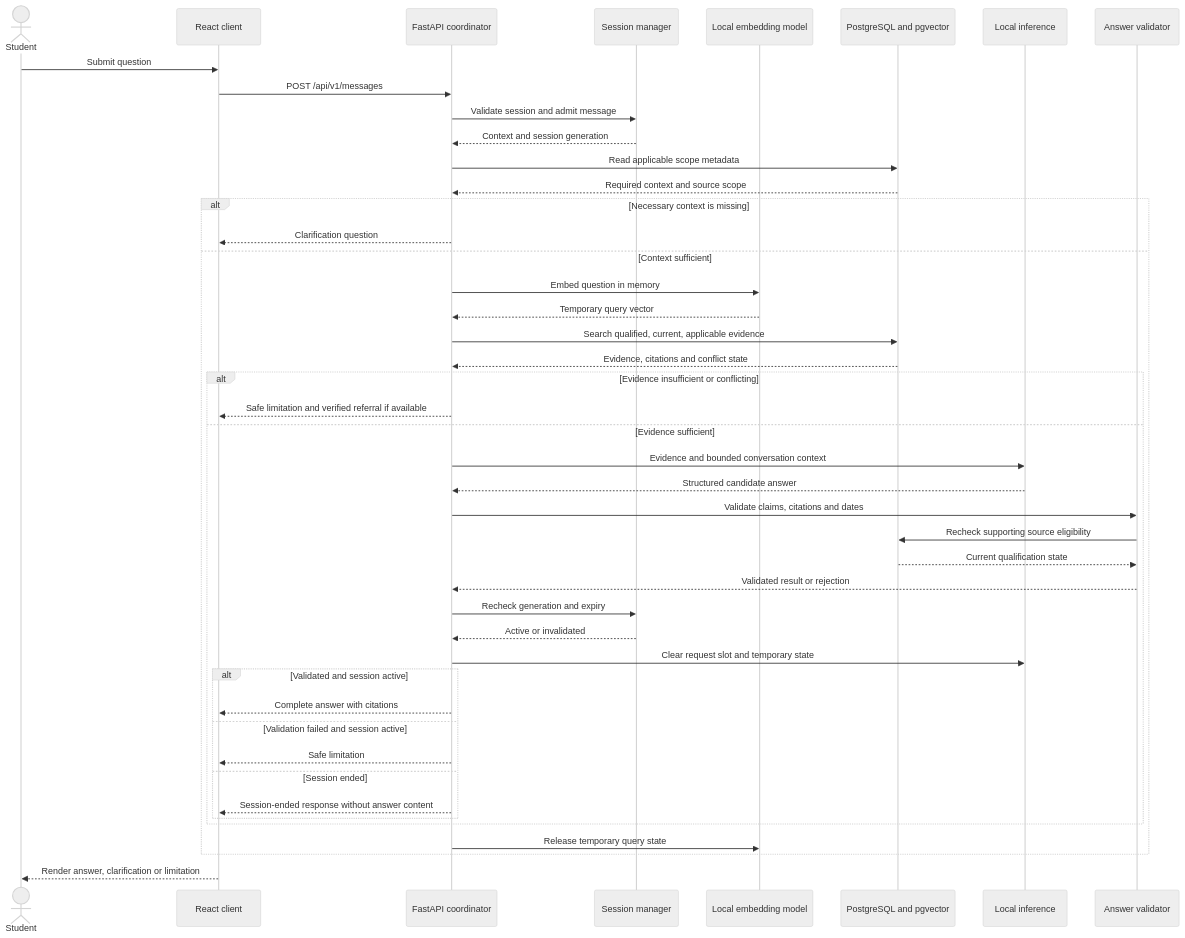
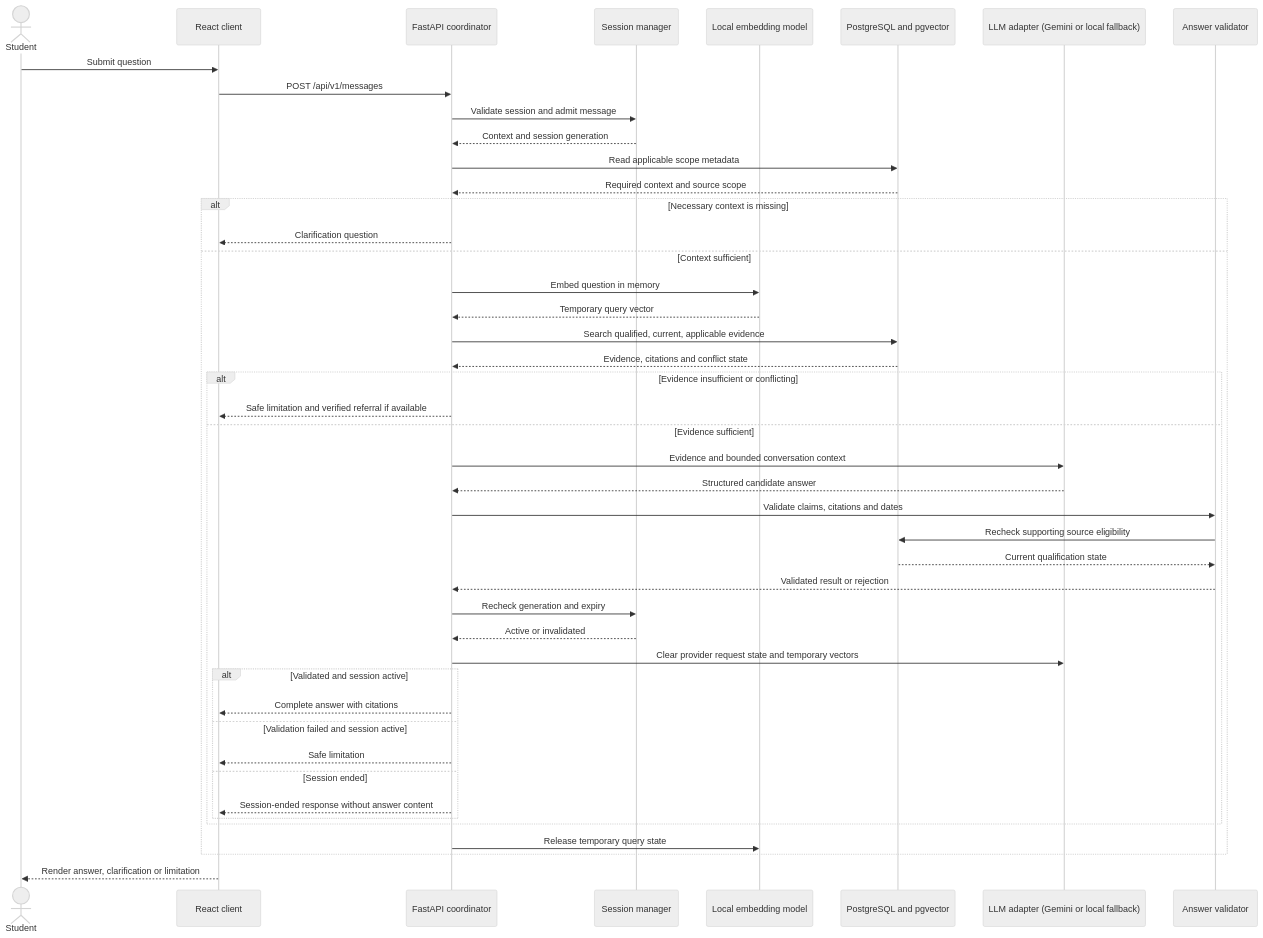
One commit to DKCodes-03/ChatBox changed the second of 3 diagrams in specs/001-pnw-student-chatbot/plan.md. Above: the diagram before and after it, drawn with Mermaid (neutral theme). The commit also changed other lines of this file and 1 other file, not shown here.

````diff
--- a/specs/001-pnw-student-chatbot/plan.md
+++ b/specs/001-pnw-student-chatbot/plan.md
@@ -148,47 +148,47 @@
 ```mermaid
 sequenceDiagram
     actor Student
     participant UI as React client
     participant API as FastAPI coordinator
     participant Session as Session manager
     participant Embed as Local embedding model
     participant DB as PostgreSQL and pgvector
-    participant LLM as Local inference
+    participant LLM as LLM adapter (Gemini or local fallback)
     participant Gate as Answer validator
     Student->>UI: Submit question
     UI->>API: POST /api/v1/messages
     API->>Session: Validate session and admit message
     Session-->>API: Context and session generation
     API->>DB: Read applicable scope metadata
     DB-->>API: Required context and source scope
     alt Necessary context is missing
         API-->>UI: Clarification question
     else Context sufficient
         API->>Embed: Embed question in memory
         Embed-->>API: Temporary query vector
         API->>DB: Search qualified, current, applicable evidence
         DB-->>API: Evidence, citations and conflict state
         alt Evidence insufficient or conflicting
             API-->>UI: Safe limitation and verified referral if available
         else Evidence sufficient
             API->>LLM: Evidence and bounded conversation context
             LLM-->>API: Structured candidate answer
             API->>Gate: Validate claims, citations and dates
             Gate->>DB: Recheck supporting source eligibility
             DB-->>Gate: Current qualification state
             Gate-->>API: Validated result or rejection
             API->>Session: Recheck generation and expiry
             Session-->>API: Active or invalidated
-            API->>LLM: Clear request slot and temporary state
+            API->>LLM: Clear provider request state and temporary vectors
             alt Validated and session active
                 API-->>UI: Complete answer with citations
             else Validation failed and session active
                 API-->>UI: Safe limitation
             else Session ended
                 API-->>UI: Session-ended response without answer content
             end
         end
         API->>Embed: Release temporary query state
     end
     UI-->>Student: Render answer, clarification or limitation
 ```
````
